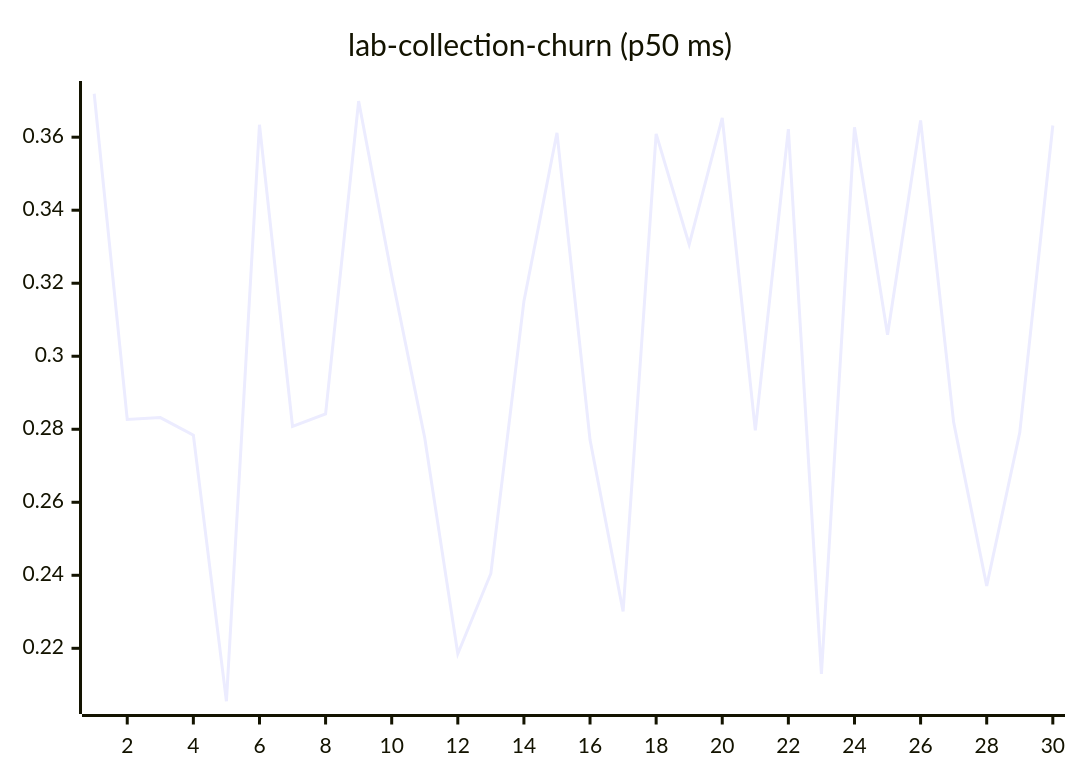
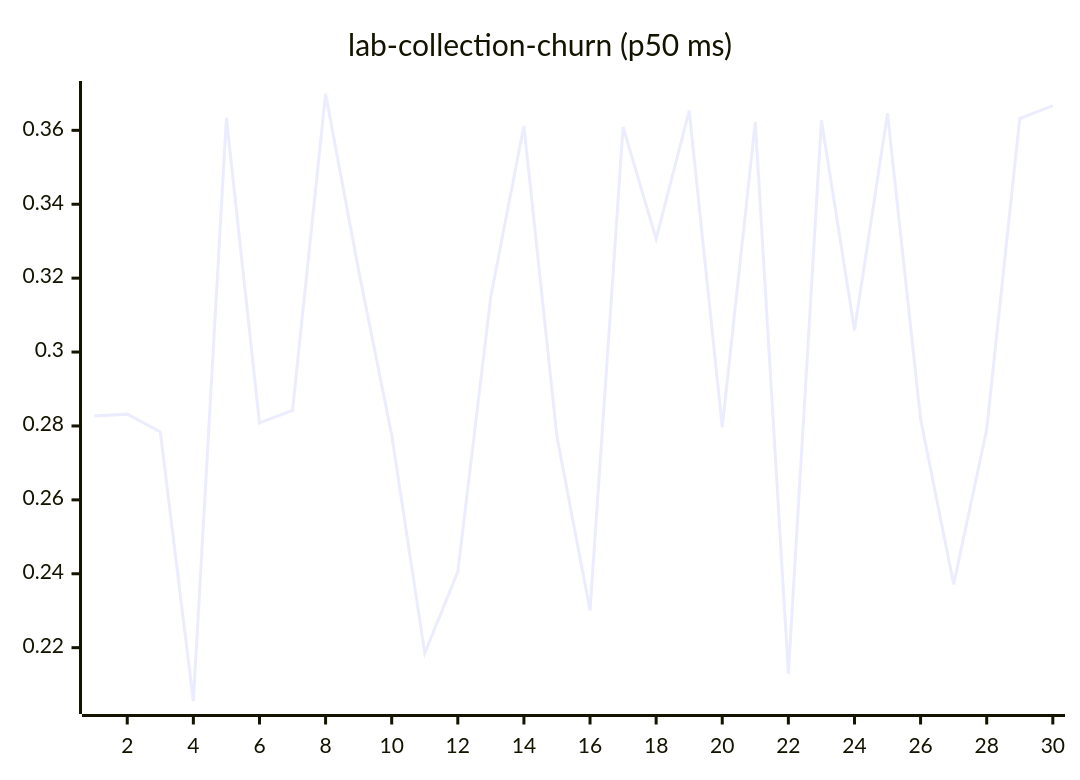
Before and after one commit to josha/Facet: diagram 11 of 27 in README.md, drawn with Mermaid. The commit also changed other lines of this file and 2 other files, not shown here.

````diff
--- a/README.md
+++ b/README.md
@@ -133,6 +133,6 @@
 ```mermaid
 xychart-beta
     title "lab-collection-churn (p50 ms)"
     x-axis 1 --> 30
-    line [0.3719, 0.2827, 0.2832, 0.2784, 0.2055, 0.3634, 0.2808, 0.2842, 0.3699, 0.3221, 0.2776, 0.2185, 0.2405, 0.3151, 0.3612, 0.2771, 0.2301, 0.3609, 0.3306, 0.3653, 0.2797, 0.3622, 0.2130, 0.3627, 0.3059, 0.3646, 0.2819, 0.2371, 0.2791, 0.3632]
+    line [0.2827, 0.2832, 0.2784, 0.2055, 0.3634, 0.2808, 0.2842, 0.3699, 0.3221, 0.2776, 0.2185, 0.2405, 0.3151, 0.3612, 0.2771, 0.2301, 0.3609, 0.3306, 0.3653, 0.2797, 0.3622, 0.2130, 0.3627, 0.3059, 0.3646, 0.2819, 0.2371, 0.2791, 0.3632, 0.3667]
 ```
````
